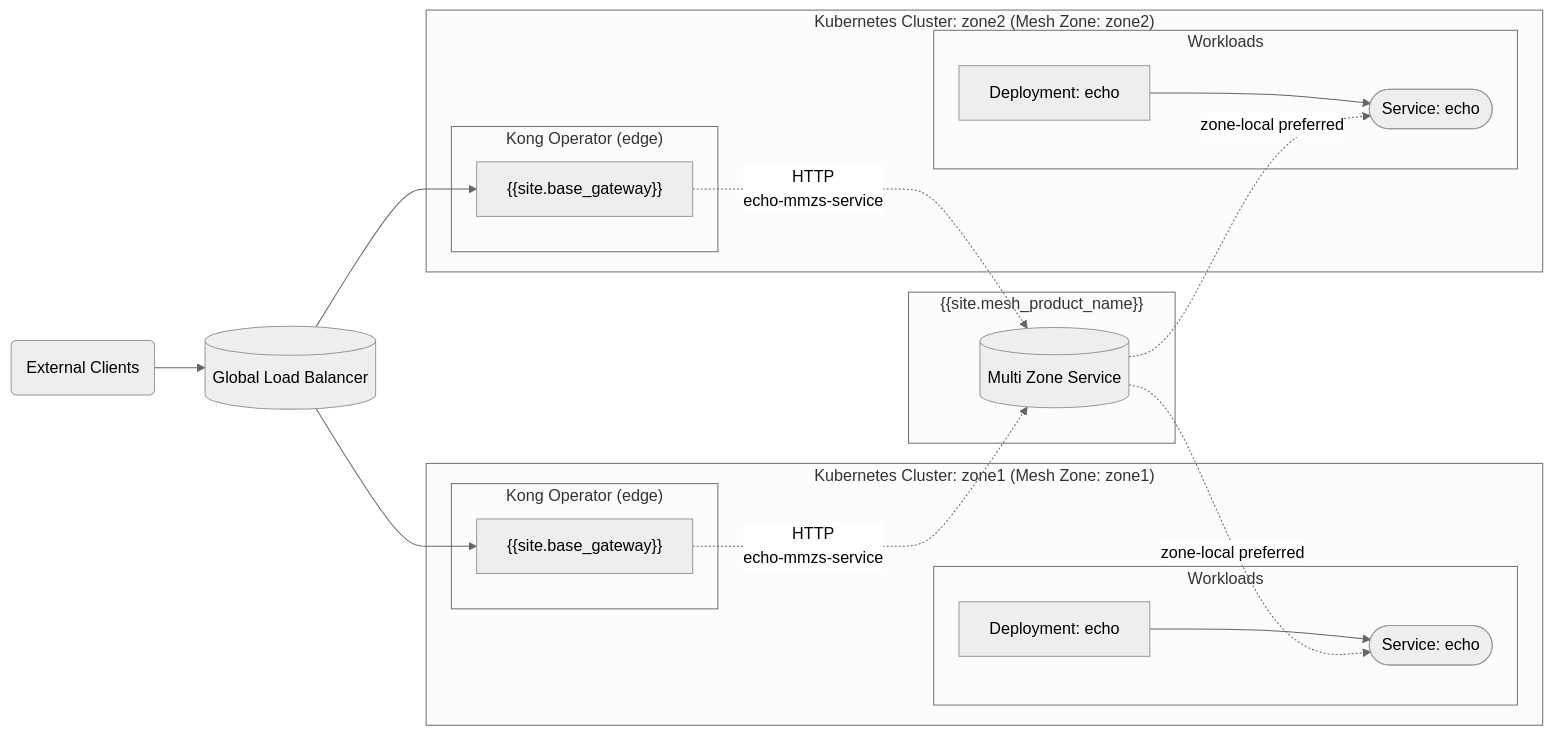
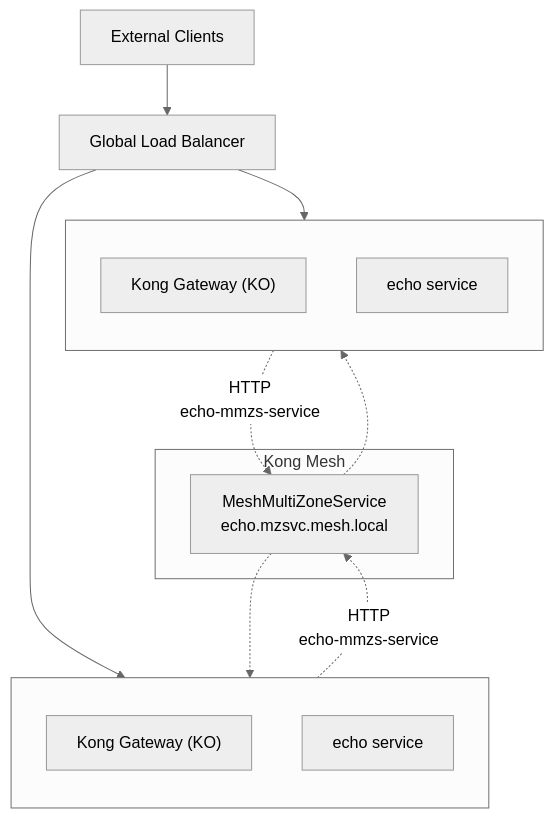
One commit to Kong/developer.konghq.com changed the diagram in app/_how-tos/mesh-dr.md. Above: the diagram before and after it, drawn with Mermaid (neutral theme). The commit also changed other lines of this file, not shown here.

```diff
--- a/app/_how-tos/mesh-dr.md
+++ b/app/_how-tos/mesh-dr.md
@@ -60,42 +60,26 @@
 {% mermaid %}
 ---
 config:
   layout: dagre
 ---
-flowchart LR
- subgraph MESH["{{site.mesh_product_name}}"]
-        MMS[("Multi Zone Service")]
+flowchart TB
+ subgraph Z1["</br>"]
+    direction TB
+        Z1KIC["Kong Gateway (KO)"]
+        Z1ECHO["echo service"]
   end
- subgraph Z1Edge["Kong Operator (edge)"]
-        Z1KIC1["{{site.base_gateway}}"]
+ subgraph Z2["<br>"]
+    direction TB
+        Z2KIC["Kong Gateway (KO)"]
+        Z2ECHO["echo service"]
   end
- subgraph Z1Apps["Workloads"]
-        Z1DEP["Deployment: echo"]
-        Z1SVC(["Service: echo"])
+ subgraph MESH["Kong Mesh"]
+        MMS@{ label: "MeshMultiZoneService<br><div style=\"color:\"><span style=\"color:\">echo.mzsvc.mesh.local</span></div>" }
   end
- subgraph Z1["Kubernetes Cluster: zone1 (Mesh Zone: zone1)"]
-        Z1Edge
-        Z1Apps
-  end
- subgraph Z2Edge["Kong Operator (edge)"]
-        Z2KIC1["{{site.base_gateway}}"]
-  end
- subgraph Z2Apps["Workloads"]
-        Z2DEP["Deployment: echo"]
-        Z2SVC(["Service: echo"])
-  end
- subgraph Z2["Kubernetes Cluster: zone2 (Mesh Zone: zone2)"]
-        Z2Edge
-        Z2Apps
-  end
-    ext["External Clients"] --> GLB[("Global Load Balancer")]
-    Z1DEP --> Z1SVC
-    Z2DEP --> Z2SVC
-    GLB --> Z1KIC1  & Z2KIC1 
-    Z1KIC1 -. "HTTP<br/>echo-mmzs-service" .-> MMS
-    Z2KIC1 -. "HTTP<br/>echo-mmzs-service" .-> MMS
-    MMS -. "zone-local preferred" .-> Z1SVC & Z2SVC
-    Z1DEP@{ shape: rect}
-    Z2DEP@{ shape: rect}
-    ext@{ shape: rounded}
+    EXT["External Clients"] --> GLB["Global Load Balancer"]
+    GLB --> Z1KIC & Z2KIC
+    Z1KIC -. "HTTP<br>echo-mmzs-service" .-> MMS
+    Z2KIC -. "HTTP<br>echo-mmzs-service" .-> MMS
+    MMS -. <br> .-> Z1ECHO & Z2ECHO
+    MMS@{ shape: rect}
 {% endmermaid %}
```
